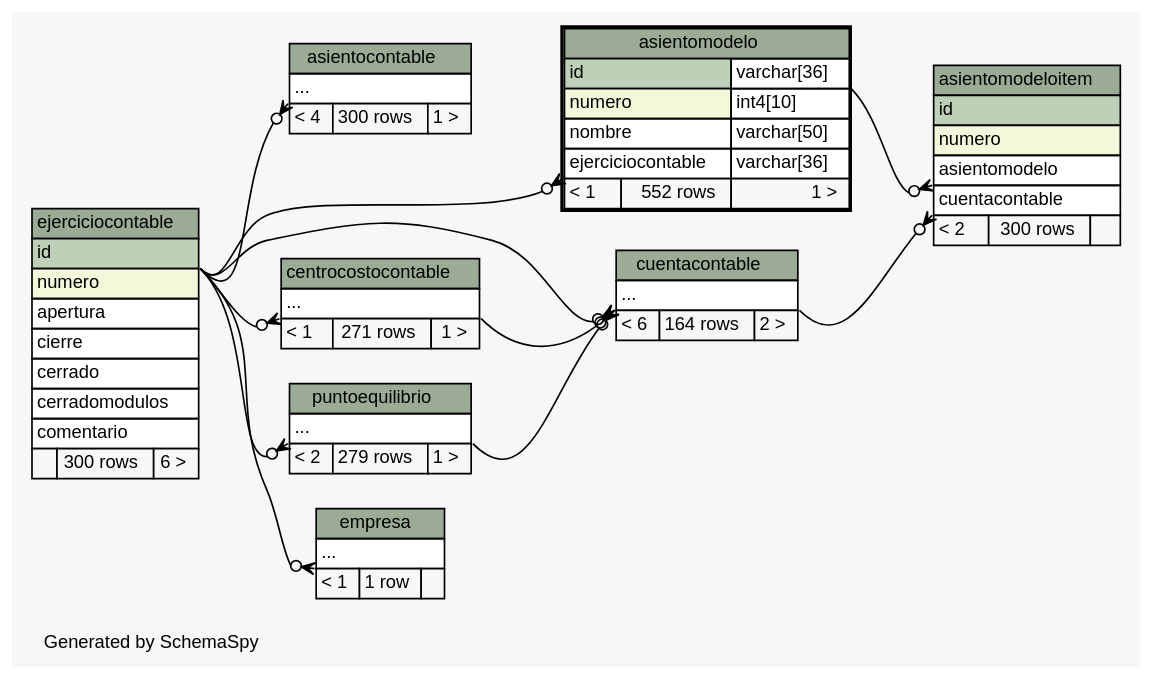
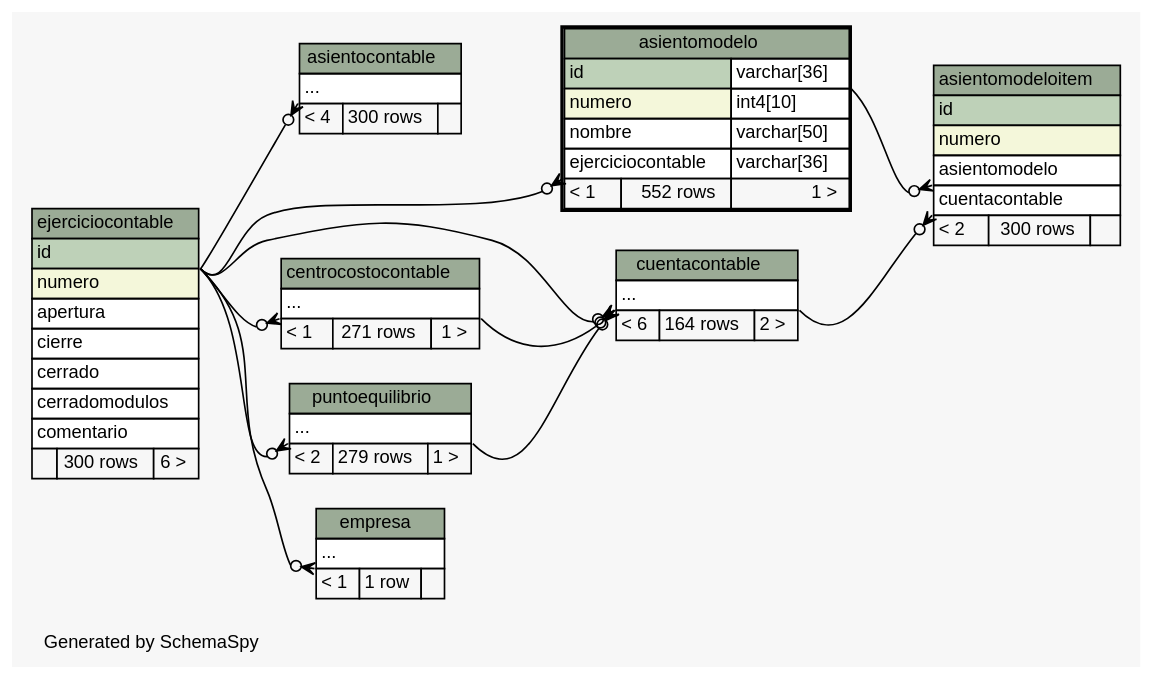
The diagram in postgresql/schemaSpy/salida/diagrams/asientomodelo.2degrees.dot (diegopablomansilla/massoftware_front), drawn with Graphviz before and after one commit. The commit also changed 333 other files, not shown here.

```diff
--- a/postgresql/schemaSpy/salida/diagrams/asientomodelo.2degrees.dot
+++ b/postgresql/schemaSpy/salida/diagrams/asientomodelo.2degrees.dot
@@ -1,124 +1,124 @@
 // dot 2.2.1 on Windows 10 10.0
 // SchemaSpy rev 590
 digraph "twoDegreesRelationshipsDiagram" {
   graph [
     rankdir="RL"
     bgcolor="#f7f7f7"
     label="\nGenerated by SchemaSpy"
     labeljust="l"
     nodesep="0.18"
     ranksep="0.46"
     fontname="Helvetica"
     fontsize="11"
   ];
   node [
     fontname="Helvetica"
     fontsize="11"
     shape="plaintext"
   ];
   edge [
     arrowsize="0.8"
   ];
   "asientocontable":"elipses":sw -> "ejerciciocontable":"id":se [arrowhead=none dir=back arrowtail=crowodot];
   "asientomodelo":"ejerciciocontable":sw -> "ejerciciocontable":"id":se [arrowhead=none dir=back arrowtail=crowodot];
   "asientomodeloitem":"asientomodelo":sw -> "asientomodelo":"id.type":se [arrowhead=none dir=back arrowtail=crowodot];
   "asientomodeloitem":"cuentacontable":sw -> "cuentacontable":"elipses":se [arrowhead=none dir=back arrowtail=crowodot];
   "centrocostocontable":"elipses":sw -> "ejerciciocontable":"id":se [arrowhead=none dir=back arrowtail=crowodot];
   "cuentacontable":"elipses":sw -> "centrocostocontable":"elipses":se [arrowhead=none dir=back arrowtail=crowodot];
   "cuentacontable":"elipses":sw -> "ejerciciocontable":"id":se [arrowhead=none dir=back arrowtail=crowodot];
   "cuentacontable":"elipses":sw -> "puntoequilibrio":"elipses":se [arrowhead=none dir=back arrowtail=crowodot];
   "empresa":"elipses":sw -> "ejerciciocontable":"id":se [arrowhead=none dir=back arrowtail=crowodot];
   "puntoequilibrio":"elipses":sw -> "ejerciciocontable":"id":se [arrowhead=none dir=back arrowtail=crowodot];
   "asientocontable" [
     label=<
     <TABLE BORDER="0" CELLBORDER="1" CELLSPACING="0" BGCOLOR="#ffffff">
       <TR><TD COLSPAN="3" BGCOLOR="#9bab96" ALIGN="CENTER">asientocontable</TD></TR>
       <TR><TD PORT="elipses" COLSPAN="3" ALIGN="LEFT">...</TD></TR>
-      <TR><TD ALIGN="LEFT" BGCOLOR="#f7f7f7">&lt; 4</TD><TD ALIGN="RIGHT" BGCOLOR="#f7f7f7">300 rows</TD><TD ALIGN="RIGHT" BGCOLOR="#f7f7f7">1 &gt;</TD></TR>
+      <TR><TD ALIGN="LEFT" BGCOLOR="#f7f7f7">&lt; 4</TD><TD ALIGN="RIGHT" BGCOLOR="#f7f7f7">300 rows</TD><TD ALIGN="RIGHT" BGCOLOR="#f7f7f7">  </TD></TR>
     </TABLE>>
     URL="asientocontable.html"
     tooltip="asientocontable"
   ];
   "asientomodelo" [
     label=<
     <TABLE BORDER="2" CELLBORDER="1" CELLSPACING="0" BGCOLOR="#ffffff">
       <TR><TD COLSPAN="3" BGCOLOR="#9bab96" ALIGN="CENTER">asientomodelo</TD></TR>
       <TR><TD PORT="id" COLSPAN="2" BGCOLOR="#bed1b8" ALIGN="LEFT">id</TD><TD PORT="id.type" ALIGN="LEFT">varchar[36]</TD></TR>
       <TR><TD PORT="numero" COLSPAN="2" BGCOLOR="#f4f7da" ALIGN="LEFT">numero</TD><TD PORT="numero.type" ALIGN="LEFT">int4[10]</TD></TR>
       <TR><TD PORT="nombre" COLSPAN="2" ALIGN="LEFT">nombre</TD><TD PORT="nombre.type" ALIGN="LEFT">varchar[50]</TD></TR>
       <TR><TD PORT="ejerciciocontable" COLSPAN="2" ALIGN="LEFT">ejerciciocontable</TD><TD PORT="ejerciciocontable.type" ALIGN="LEFT">varchar[36]</TD></TR>
       <TR><TD ALIGN="LEFT" BGCOLOR="#f7f7f7">&lt; 1</TD><TD ALIGN="RIGHT" BGCOLOR="#f7f7f7">552 rows</TD><TD ALIGN="RIGHT" BGCOLOR="#f7f7f7">1 &gt;</TD></TR>
     </TABLE>>
     URL="asientomodelo.html"
     tooltip="asientomodelo"
   ];
   "asientomodeloitem" [
     label=<
     <TABLE BORDER="0" CELLBORDER="1" CELLSPACING="0" BGCOLOR="#ffffff">
       <TR><TD COLSPAN="3" BGCOLOR="#9bab96" ALIGN="CENTER">asientomodeloitem</TD></TR>
       <TR><TD PORT="id" COLSPAN="3" BGCOLOR="#bed1b8" ALIGN="LEFT">id</TD></TR>
       <TR><TD PORT="numero" COLSPAN="3" BGCOLOR="#f4f7da" ALIGN="LEFT">numero</TD></TR>
       <TR><TD PORT="asientomodelo" COLSPAN="3" ALIGN="LEFT">asientomodelo</TD></TR>
       <TR><TD PORT="cuentacontable" COLSPAN="3" ALIGN="LEFT">cuentacontable</TD></TR>
       <TR><TD ALIGN="LEFT" BGCOLOR="#f7f7f7">&lt; 2</TD><TD ALIGN="RIGHT" BGCOLOR="#f7f7f7">300 rows</TD><TD ALIGN="RIGHT" BGCOLOR="#f7f7f7">  </TD></TR>
     </TABLE>>
     URL="asientomodeloitem.html"
     tooltip="asientomodeloitem"
   ];
   "centrocostocontable" [
     label=<
     <TABLE BORDER="0" CELLBORDER="1" CELLSPACING="0" BGCOLOR="#ffffff">
       <TR><TD COLSPAN="3" BGCOLOR="#9bab96" ALIGN="CENTER">centrocostocontable</TD></TR>
       <TR><TD PORT="elipses" COLSPAN="3" ALIGN="LEFT">...</TD></TR>
       <TR><TD ALIGN="LEFT" BGCOLOR="#f7f7f7">&lt; 1</TD><TD ALIGN="RIGHT" BGCOLOR="#f7f7f7">271 rows</TD><TD ALIGN="RIGHT" BGCOLOR="#f7f7f7">1 &gt;</TD></TR>
     </TABLE>>
     URL="centrocostocontable.html"
     tooltip="centrocostocontable"
   ];
   "cuentacontable" [
     label=<
     <TABLE BORDER="0" CELLBORDER="1" CELLSPACING="0" BGCOLOR="#ffffff">
       <TR><TD COLSPAN="3" BGCOLOR="#9bab96" ALIGN="CENTER">cuentacontable</TD></TR>
       <TR><TD PORT="elipses" COLSPAN="3" ALIGN="LEFT">...</TD></TR>
       <TR><TD ALIGN="LEFT" BGCOLOR="#f7f7f7">&lt; 6</TD><TD ALIGN="RIGHT" BGCOLOR="#f7f7f7">164 rows</TD><TD ALIGN="RIGHT" BGCOLOR="#f7f7f7">2 &gt;</TD></TR>
     </TABLE>>
     URL="cuentacontable.html"
     tooltip="cuentacontable"
   ];
   "ejerciciocontable" [
     label=<
     <TABLE BORDER="0" CELLBORDER="1" CELLSPACING="0" BGCOLOR="#ffffff">
       <TR><TD COLSPAN="3" BGCOLOR="#9bab96" ALIGN="CENTER">ejerciciocontable</TD></TR>
       <TR><TD PORT="id" COLSPAN="3" BGCOLOR="#bed1b8" ALIGN="LEFT">id</TD></TR>
       <TR><TD PORT="numero" COLSPAN="3" BGCOLOR="#f4f7da" ALIGN="LEFT">numero</TD></TR>
       <TR><TD PORT="apertura" COLSPAN="3" ALIGN="LEFT">apertura</TD></TR>
       <TR><TD PORT="cierre" COLSPAN="3" ALIGN="LEFT">cierre</TD></TR>
       <TR><TD PORT="cerrado" COLSPAN="3" ALIGN="LEFT">cerrado</TD></TR>
       <TR><TD PORT="cerradomodulos" COLSPAN="3" ALIGN="LEFT">cerradomodulos</TD></TR>
       <TR><TD PORT="comentario" COLSPAN="3" ALIGN="LEFT">comentario</TD></TR>
       <TR><TD ALIGN="LEFT" BGCOLOR="#f7f7f7">  </TD><TD ALIGN="RIGHT" BGCOLOR="#f7f7f7">300 rows</TD><TD ALIGN="RIGHT" BGCOLOR="#f7f7f7">6 &gt;</TD></TR>
     </TABLE>>
     URL="ejerciciocontable.html"
     tooltip="ejerciciocontable"
   ];
   "empresa" [
     label=<
     <TABLE BORDER="0" CELLBORDER="1" CELLSPACING="0" BGCOLOR="#ffffff">
       <TR><TD COLSPAN="3" BGCOLOR="#9bab96" ALIGN="CENTER">empresa</TD></TR>
       <TR><TD PORT="elipses" COLSPAN="3" ALIGN="LEFT">...</TD></TR>
       <TR><TD ALIGN="LEFT" BGCOLOR="#f7f7f7">&lt; 1</TD><TD ALIGN="RIGHT" BGCOLOR="#f7f7f7">1 row</TD><TD ALIGN="RIGHT" BGCOLOR="#f7f7f7">  </TD></TR>
     </TABLE>>
     URL="empresa.html"
     tooltip="empresa"
   ];
   "puntoequilibrio" [
     label=<
     <TABLE BORDER="0" CELLBORDER="1" CELLSPACING="0" BGCOLOR="#ffffff">
       <TR><TD COLSPAN="3" BGCOLOR="#9bab96" ALIGN="CENTER">puntoequilibrio</TD></TR>
       <TR><TD PORT="elipses" COLSPAN="3" ALIGN="LEFT">...</TD></TR>
       <TR><TD ALIGN="LEFT" BGCOLOR="#f7f7f7">&lt; 2</TD><TD ALIGN="RIGHT" BGCOLOR="#f7f7f7">279 rows</TD><TD ALIGN="RIGHT" BGCOLOR="#f7f7f7">1 &gt;</TD></TR>
     </TABLE>>
     URL="puntoequilibrio.html"
     tooltip="puntoequilibrio"
   ];
 }
```
